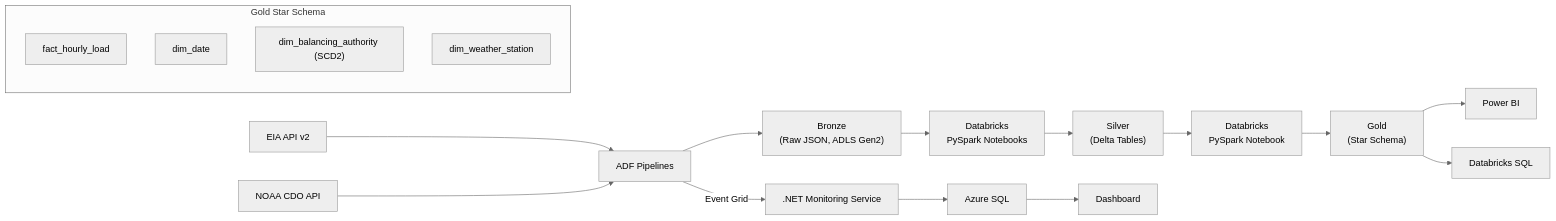
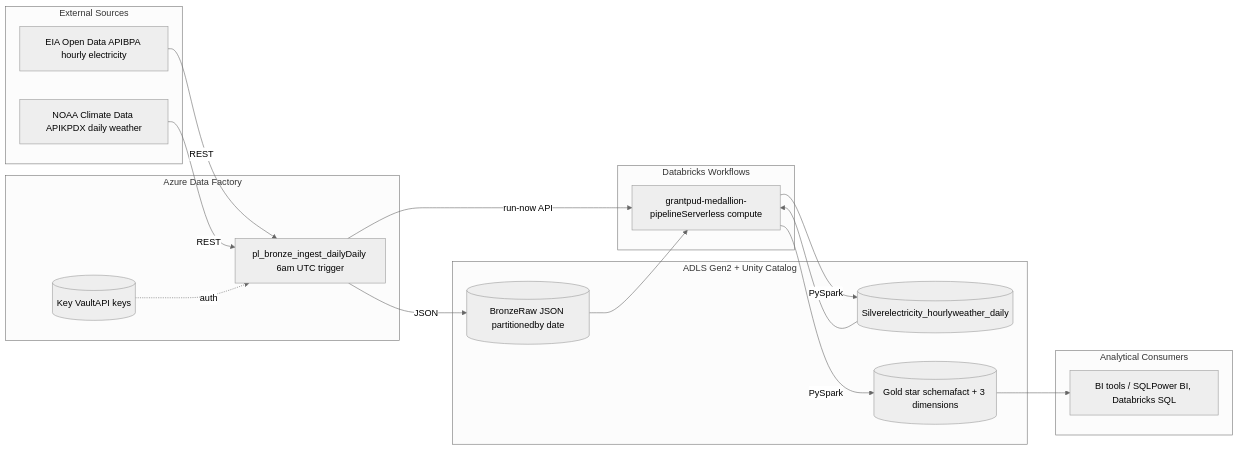
Before and after one commit to devstark03/grant-pud-poc: the diagram in README.md, drawn with Mermaid (neutral theme). The commit also changed other lines of this file, not shown here.

````diff
--- a/README.md
+++ b/README.md
@@ -13,24 +15,37 @@
 ```mermaid
 flowchart LR
-    EIA["EIA API v2"] --> ADF["ADF Pipelines"]
-    NOAA["NOAA CDO API"] --> ADF
-    ADF --> Bronze["Bronze\n(Raw JSON, ADLS Gen2)"]
-    Bronze --> NB1["Databricks\nPySpark Notebooks"]
-    NB1 --> Silver["Silver\n(Delta Tables)"]
-    Silver --> NB2["Databricks\nPySpark Notebook"]
-    NB2 --> Gold["Gold\n(Star Schema)"]
-    Gold --> PBI["Power BI"]
-    Gold --> DBSQL["Databricks SQL"]
-
-    subgraph "Gold Star Schema"
-        direction TB
-        F["fact_hourly_load"]
-        D1["dim_date"]
-        D2["dim_balancing_authority (SCD2)"]
-        D3["dim_weather_station"]
+    subgraph Sources["External Sources"]
+        EIA[EIA Open Data APIBPA hourly electricity]
+        NOAA[NOAA Climate Data APIKPDX daily weather]
     end
 
-    ADF -->|Event Grid| Monitor[".NET Monitoring Service"]
-    Monitor --> ASQL["Azure SQL"]
-    ASQL --> Dash["Dashboard"]
+    subgraph Ingestion["Azure Data Factory"]
+        ADF[pl_bronze_ingest_dailyDaily 6am UTC trigger]
+        KV[(Key VaultAPI keys)]
+    end
+
+    subgraph Lake["ADLS Gen2 + Unity Catalog"]
+        Bronze[(BronzeRaw JSON partitionedby date)]
+        Silver[(Silverelectricity_hourlyweather_daily)]
+        Gold[(Gold star schemafact + 3 dimensions)]
+    end
+
+    subgraph Compute["Databricks Workflows"]
+        Job[grantpud-medallion-pipelineServerless compute]
+    end
+
+    subgraph Consumers["Analytical Consumers"]
+        BI[BI tools / SQLPower BI, Databricks SQL]
+    end
+
+    EIA -->|REST| ADF
+    NOAA -->|REST| ADF
+    KV -.auth.-> ADF
+    ADF -->|JSON| Bronze
+    ADF -->|run-now API| Job
+    Bronze --> Job
+    Job -->|PySpark| Silver
+    Silver --> Job
+    Job -->|PySpark| Gold
+    Gold --> BI
 ```
````
